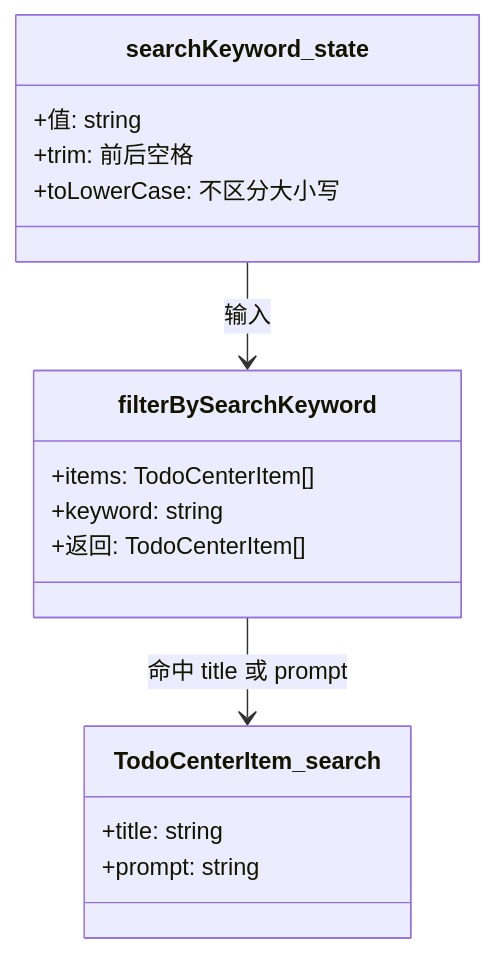
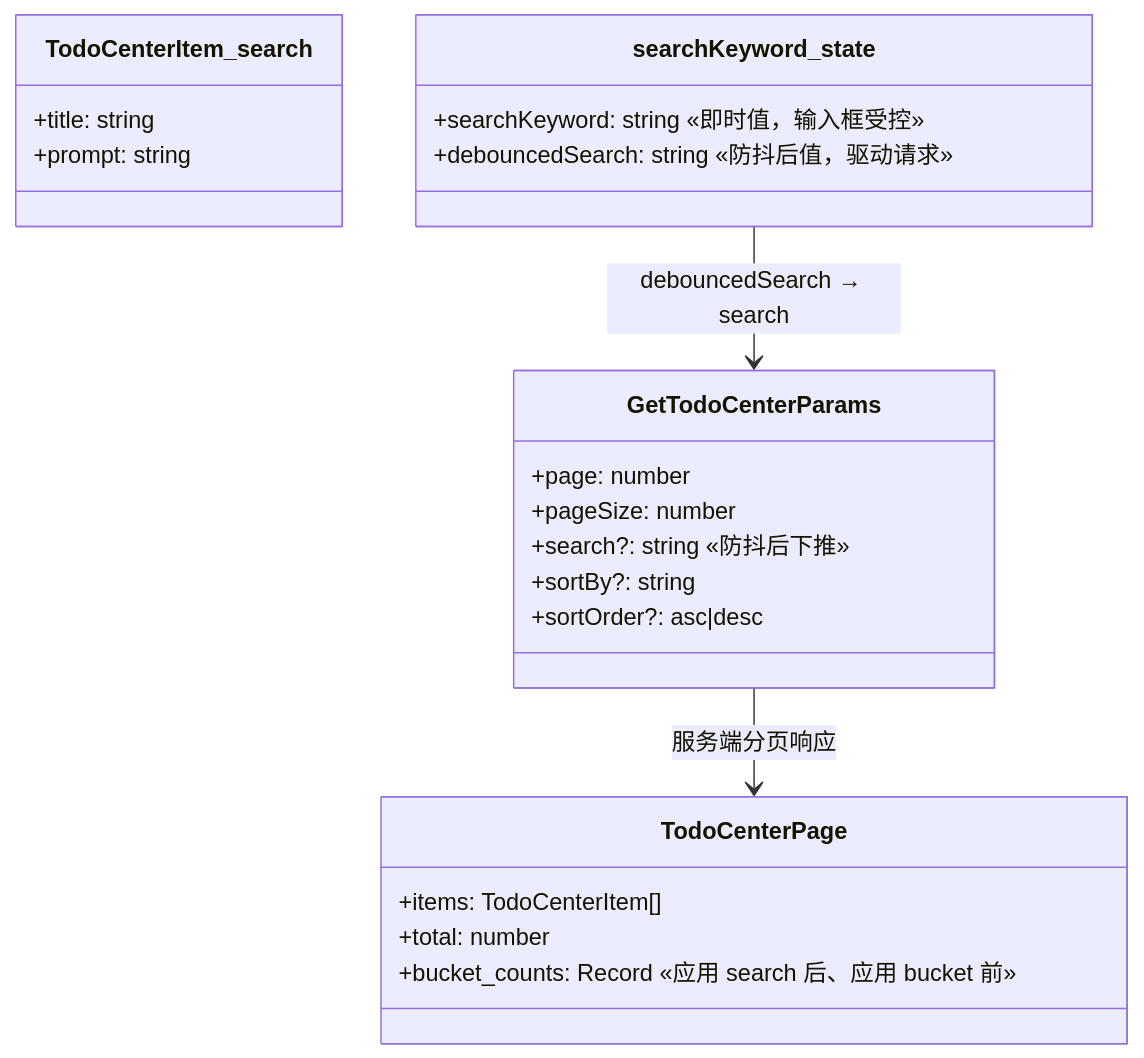
Before and after one commit to weibaohui/ntd: the third of 4 diagrams in frontend/src/help/pages/todo-list-search.md, drawn with Mermaid. The commit also changed other lines of this file and 12 other files, not shown here.

````diff
--- a/frontend/src/help/pages/todo-list-search.md
+++ b/frontend/src/help/pages/todo-list-search.md
@@ -33,19 +35,25 @@
 ```mermaid
 classDiagram
 class TodoCenterItem_search {
   +title: string
   +prompt: string
 }
-class filterBySearchKeyword {
+class GetTodoCenterParams {
+  +page: number
+  +pageSize: number
+  +search?: string «防抖后下推»
+  +sortBy?: string
+  +sortOrder?: asc|desc
+}
+class TodoCenterPage {
   +items: TodoCenterItem[]
-  +keyword: string
-  +返回: TodoCenterItem[]
+  +total: number
+  +bucket_counts: Record «应用 search 后、应用 bucket 前»
 }
 class searchKeyword_state {
-  +值: string
-  +trim: 前后空格
-  +toLowerCase: 不区分大小写
+  +searchKeyword: string «即时值，输入框受控»
+  +debouncedSearch: string «防抖后值，驱动请求»
 }
-filterBySearchKeyword --> TodoCenterItem_search : 命中 title 或 prompt
-searchKeyword_state --> filterBySearchKeyword : 输入
+searchKeyword_state --> GetTodoCenterParams : debouncedSearch → search
+GetTodoCenterParams --> TodoCenterPage : 服务端分页响应
 ```
````
